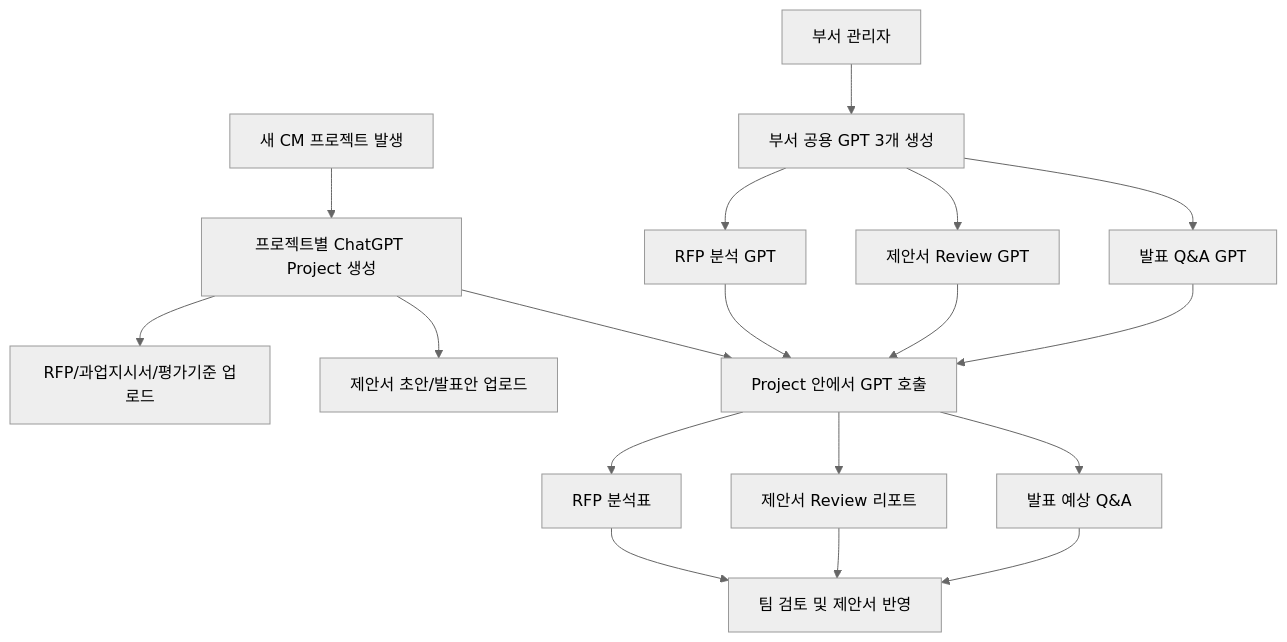
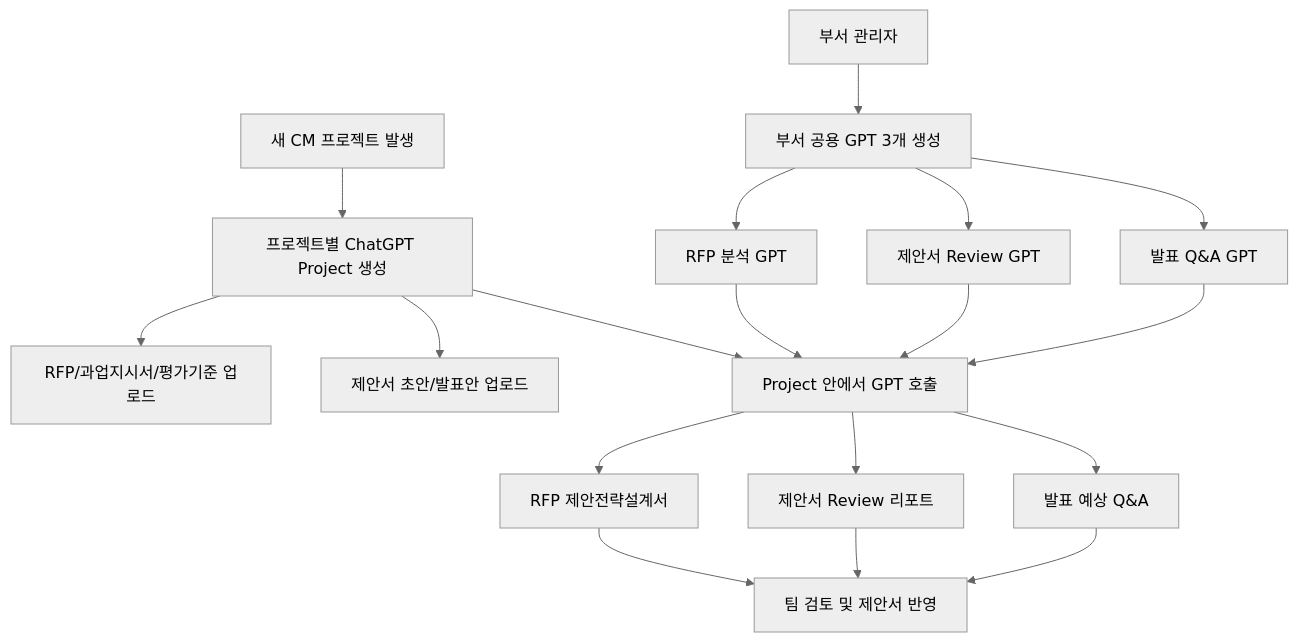
One commit to glad2mu2/proposal_automation_ChatGPT changed the diagram in ai_automation_package/guides/chatgpt_execution_guidebook.md. Above: the diagram before and after it, drawn with Mermaid (neutral theme). The commit also changed other lines of this file and 19 other files, not shown here.

````diff
--- a/ai_automation_package/guides/chatgpt_execution_guidebook.md
+++ b/ai_automation_package/guides/chatgpt_execution_guidebook.md
@@ -113,23 +115,23 @@
 ```mermaid
 flowchart TD
     A["부서 관리자"] --> B["부서 공용 GPT 3개 생성"]
     B --> C["RFP 분석 GPT"]
     B --> D["제안서 Review GPT"]
     B --> E["발표 Q&A GPT"]
 
     F["새 CM 프로젝트 발생"] --> G["프로젝트별 ChatGPT Project 생성"]
     G --> H["RFP/과업지시서/평가기준 업로드"]
     G --> I["제안서 초안/발표안 업로드"]
 
     G --> J["Project 안에서 GPT 호출"]
     C --> J
     D --> J
     E --> J
 
-    J --> K["RFP 분석표"]
+    J --> K["RFP 제안전략설계서"]
     J --> L["제안서 Review 리포트"]
     J --> M["발표 예상 Q&A"]
     K --> N["팀 검토 및 제안서 반영"]
     L --> N
     M --> N
 ```
````
